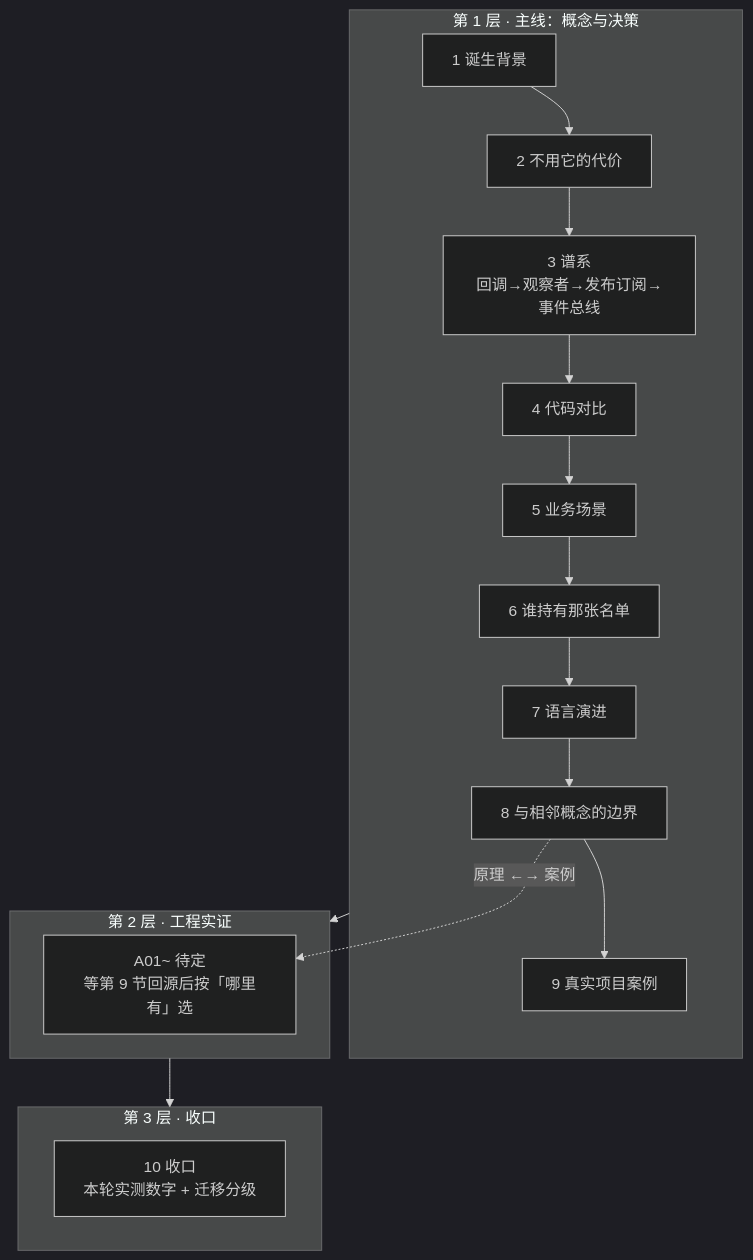
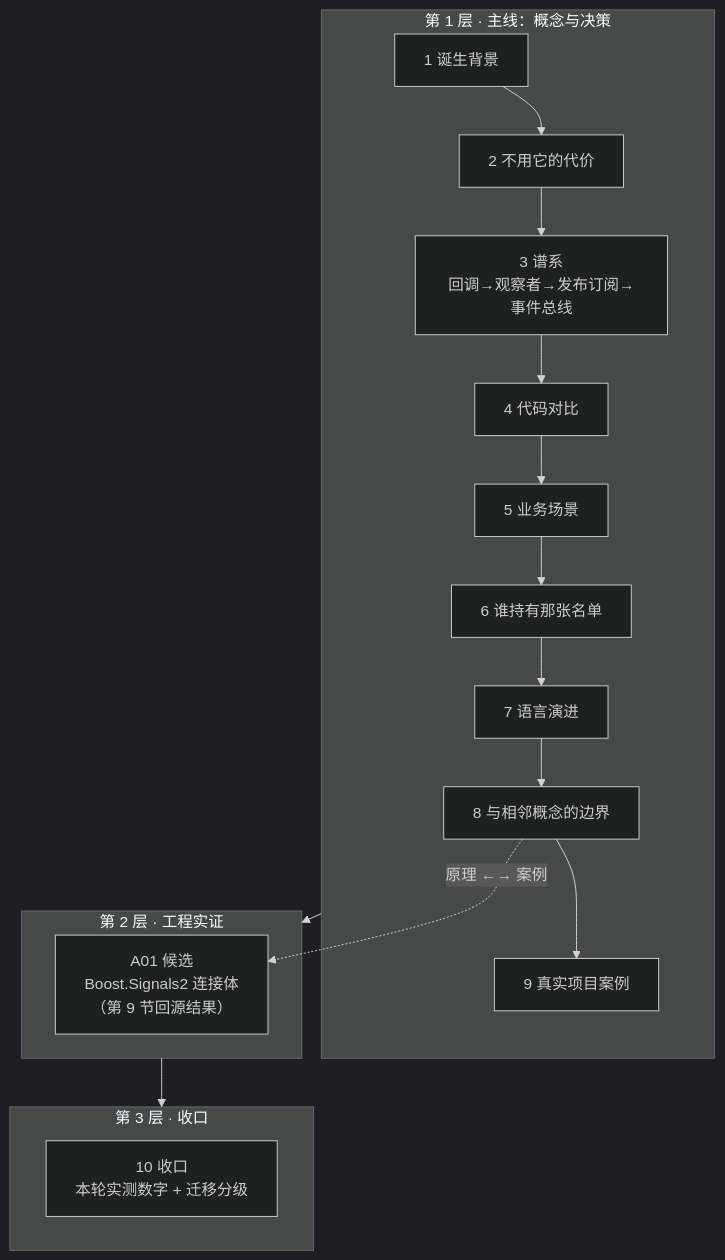
Before and after one commit to guang-lee-cn/design-pattern: the diagram in observer-pattern/docs/00-讲解计划.md, drawn with Mermaid (dark theme). The commit also changed other lines of this file and 6 other files, not shown here.

````diff
--- a/observer-pattern/docs/00-讲解计划.md
+++ b/observer-pattern/docs/00-讲解计划.md
@@ -10,16 +10,16 @@
 ```mermaid
 flowchart TB
     subgraph L1["第 1 层 · 主线：概念与决策"]
         P1["1 诞生背景"] --> P2["2 不用它的代价"] --> P3["3 谱系<br/>回调→观察者→发布订阅→事件总线"]
         P3 --> P4["4 代码对比"] --> P5["5 业务场景"] --> P6["6 谁持有那张名单"]
         P6 --> P7["7 语言演进"] --> P8["8 与相邻概念的边界"] --> P9["9 真实项目案例"]
     end
     subgraph L2["第 2 层 · 工程实证"]
-        A["A01~ 待定<br/>等第 9 节回源后按「哪里有」选"]
+        A["A01 候选<br/>Boost.Signals2 连接体<br/>（第 9 节回源结果）"]
     end
     subgraph L3["第 3 层 · 收口"]
         M["10 收口<br/>本轮实测数字 + 迁移分级"]
     end
     L1 --> L2 --> L3
     P8 -. "原理 ←→ 案例" .-> A
 ```
````
